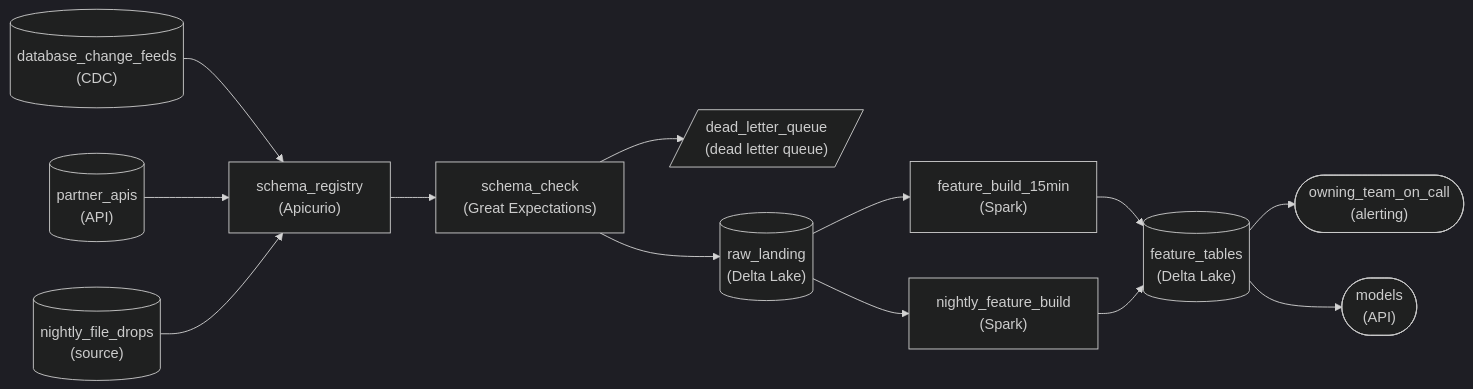
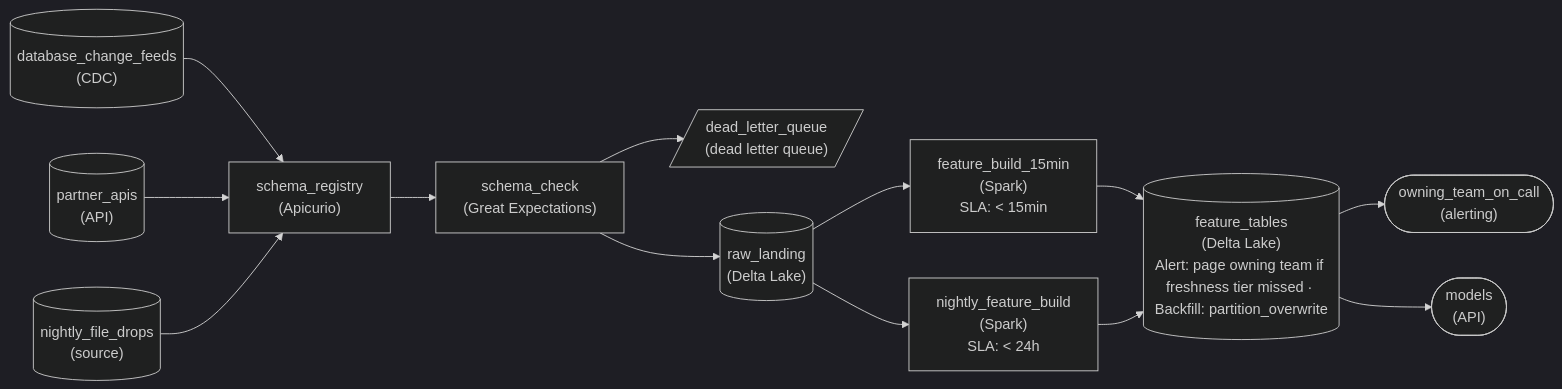
Before and after one commit to Dulain-Willis/study-helper: the first of 4 diagrams in lesson_preview/interview/architecture/pa_pattern_design_pipeline_advanced.md, drawn with Mermaid (dark theme). The commit also changed other lines of this file and 26 other files, not shown here.

First line of the commit message:
Mermaid diagrams: show tags and extra values inside each node (#43)

````diff
--- a/lesson_preview/interview/architecture/pa_pattern_design_pipeline_advanced.md
+++ b/lesson_preview/interview/architecture/pa_pattern_design_pipeline_advanced.md
@@ -494,27 +494,27 @@
 ```mermaid
 flowchart LR
     n0[("database_change_feeds<br/>(CDC)")]
     n1[("partner_apis<br/>(API)")]
     n2[("nightly_file_drops<br/>(source)")]
     n3["schema_registry<br/>(Apicurio)"]
     n4["schema_check<br/>(Great Expectations)"]
     n5[/"dead_letter_queue<br/>(dead letter queue)"/]
     n6[("raw_landing<br/>(Delta Lake)")]
-    n7["feature_build_15min<br/>(Spark)"]
-    n8["nightly_feature_build<br/>(Spark)"]
-    n9[("feature_tables<br/>(Delta Lake)")]
+    n7["feature_build_15min<br/>(Spark)<br/>SLA: #60; 15min"]
+    n8["nightly_feature_build<br/>(Spark)<br/>SLA: #60; 24h"]
+    n9[("feature_tables<br/>(Delta Lake)<br/>Alert: page owning team if freshness tier missed · Backfill: partition_overwrite")]
     n10(["owning_team_on_call<br/>(alerting)"])
     n11(["models<br/>(API)"])
     n0 --> n3
     n1 --> n3
     n2 --> n3
     n3 --> n4
     n4 --> n5
     n4 --> n6
     n6 --> n7
     n6 --> n8
     n7 --> n9
     n8 --> n9
     n9 --> n10
     n9 --> n11
 ```
````
